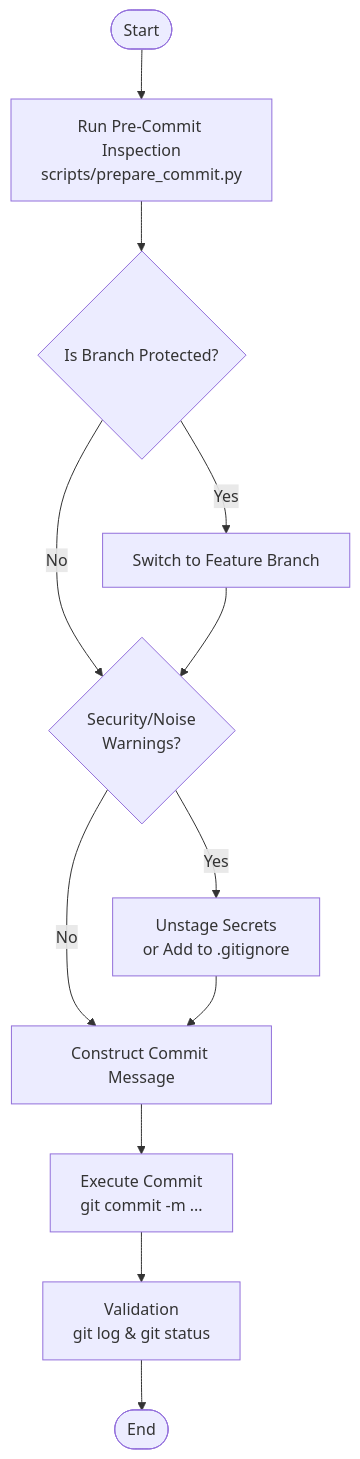
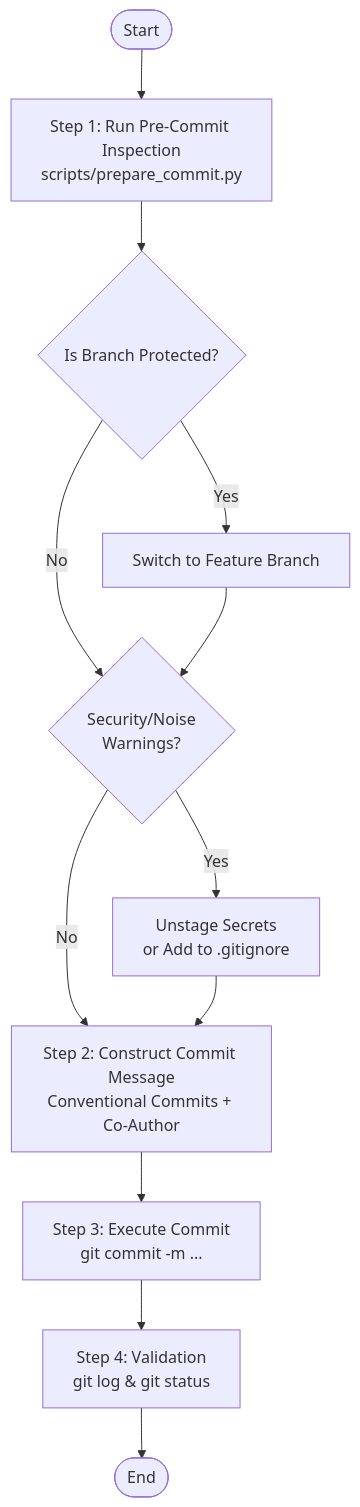
The diagram in plugins/swe-workflow/skills/committing-changes/README.md (green-tea-stalk/swe-agent-skills), drawn with Mermaid before and after one commit. The commit also changed other lines of this file and 11 other files, not shown here.

````diff
--- a/plugins/swe-workflow/skills/committing-changes/README.md
+++ b/plugins/swe-workflow/skills/committing-changes/README.md
@@ -13,14 +53,14 @@
 ```mermaid
 graph TD
-    Start([Start]) --> Step1[Run Pre-Commit Inspection<br>scripts/prepare_commit.py]
+    Start([Start]) --> Step1[Step 1: Run Pre-Commit Inspection<br>scripts/prepare_commit.py]
     Step1 --> CheckSafety{Is Branch Protected?}
     CheckSafety -- Yes --> HandleBranch[Switch to Feature Branch]
     CheckSafety -- No --> CheckSec{Security/Noise<br>Warnings?}
     HandleBranch --> CheckSec
     CheckSec -- Yes --> Resolve[Unstage Secrets<br>or Add to .gitignore]
-    CheckSec -- No --> Step2[Construct Commit Message]
+    CheckSec -- No --> Step2[Step 2: Construct Commit Message<br>Conventional Commits + Co-Author]
     Resolve --> Step2
-    Step2 --> Step3[Execute Commit<br>git commit -m ...]
-    Step3 --> Step4[Validation<br>git log & git status]
+    Step2 --> Step3[Step 3: Execute Commit<br>git commit -m ...]
+    Step3 --> Step4[Step 4: Validation<br>git log & git status]
     Step4 --> End([End])
 ```
````
